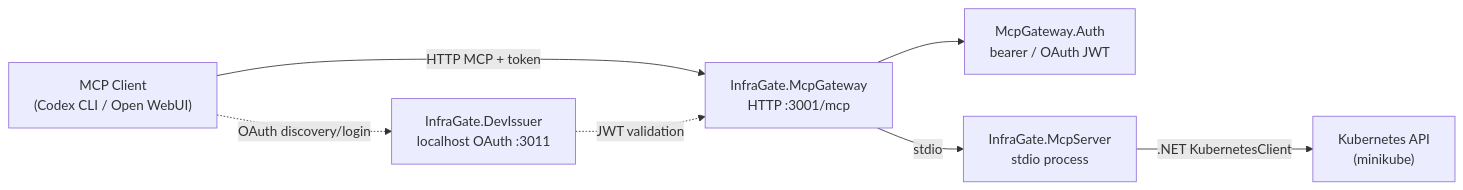
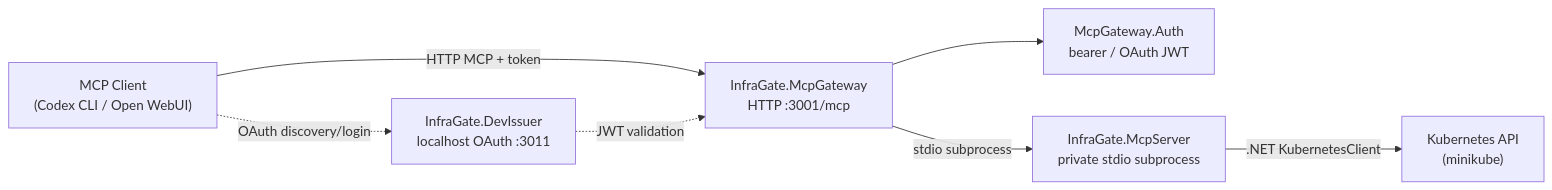
Before and after one commit to mirusser/Kubernetes-MCP-Guard: the diagram in docs/setup-guide.md, drawn with Mermaid. The commit also changed other lines of this file and 27 other files, not shown here.

````diff
--- a/docs/setup-guide.md
+++ b/docs/setup-guide.md
@@ -5,16 +5,16 @@
 ```mermaid
 graph LR
     Client["MCP Client<br/>(Codex CLI / Open WebUI)"]
     Gateway["InfraGate.McpGateway<br/>HTTP :3001/mcp"]
     Auth["McpGateway.Auth<br/>bearer / OAuth JWT"]
-    Server["InfraGate.McpServer<br/>stdio process"]
+    Server["InfraGate.McpServer<br/>private stdio subprocess"]
     DevIssuer["InfraGate.DevIssuer<br/>localhost OAuth :3011"]
     K8s["Kubernetes API<br/>(minikube)"]
 
     Client -- "HTTP MCP + token" --> Gateway
     Gateway --> Auth
-    Gateway -- "stdio" --> Server
+    Gateway -- "stdio subprocess" --> Server
     Server -- ".NET KubernetesClient" --> K8s
     Client -. "OAuth discovery/login" .-> DevIssuer
     DevIssuer -. "JWT validation" .-> Gateway
 ```
````
